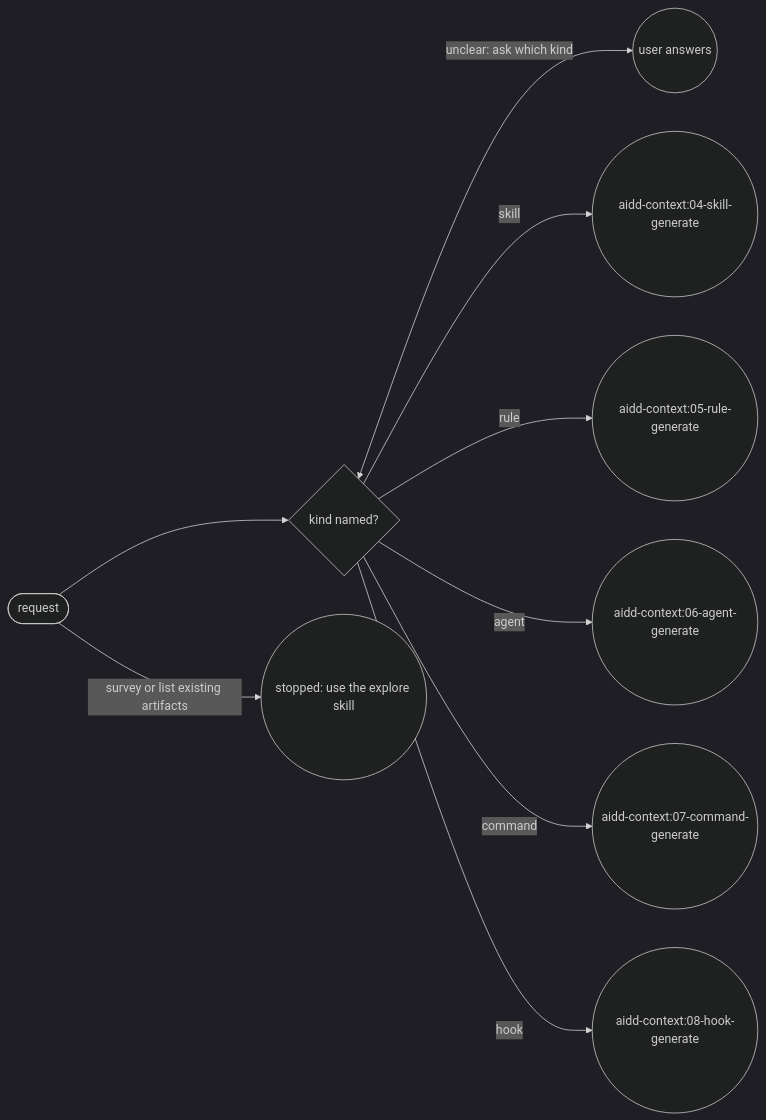
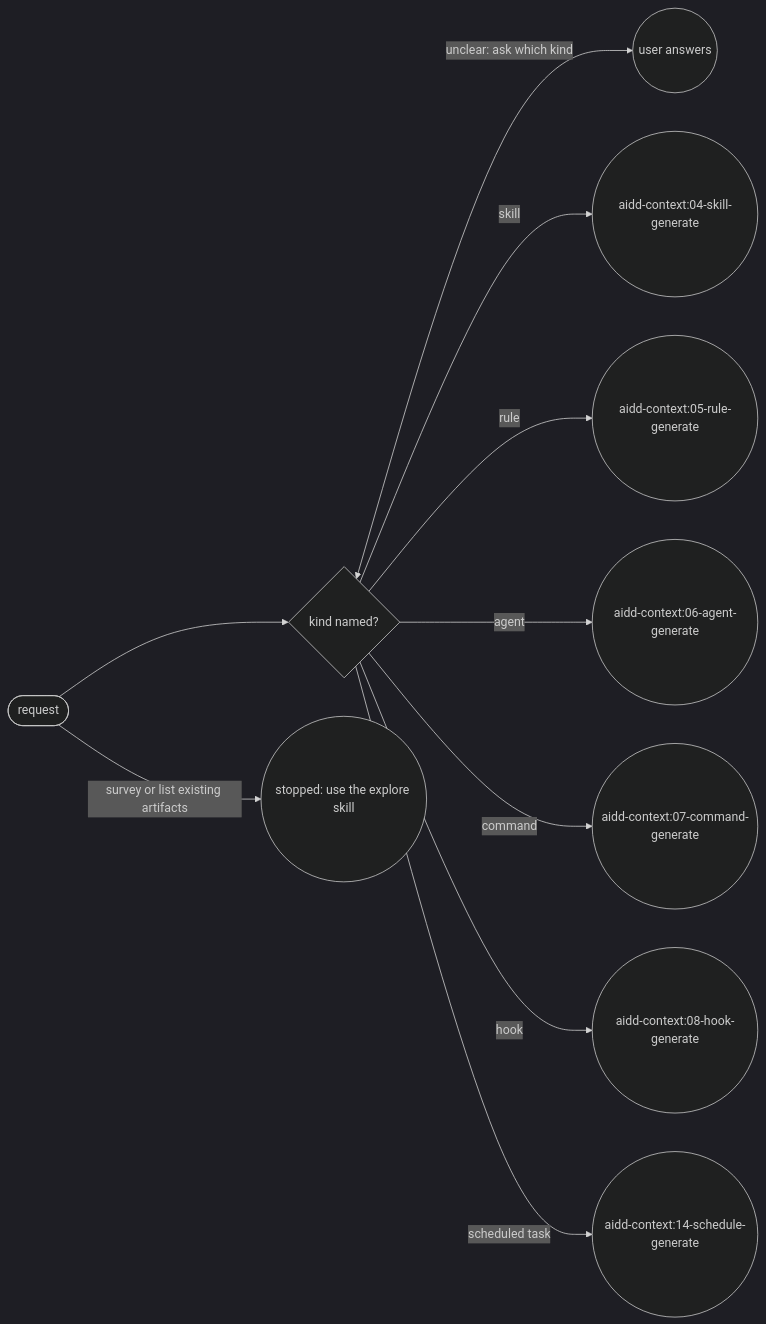
The diagram in plugins/aidd-context/skills/03-context-generate/SKILL.md (ai-driven-dev/framework), drawn with Mermaid (dark theme) before and after one commit. The commit also changed other lines of this file and 29 other files, not shown here.

Commit message:
feat(context): generate scheduled task prompts across agent hosts

````diff
--- a/plugins/aidd-context/skills/03-context-generate/SKILL.md
+++ b/plugins/aidd-context/skills/03-context-generate/SKILL.md
@@ -9,11 +9,12 @@
 ```mermaid
 flowchart LR
   entry([request]) --> kind{"kind named?"}
   kind <-->|"unclear: ask which kind"| user((user answers))
   kind -->|"skill"| skill((aidd-context:04-skill-generate))
   kind -->|"rule"| rule((aidd-context:05-rule-generate))
   kind -->|"agent"| agent((aidd-context:06-agent-generate))
   kind -->|"command"| command((aidd-context:07-command-generate))
   kind -->|"hook"| hook((aidd-context:08-hook-generate))
+  kind -->|"scheduled task"| schedule((aidd-context:14-schedule-generate))
   entry -->|"survey or list existing artifacts"| stopped((stopped: use the explore skill))
 ```
````
